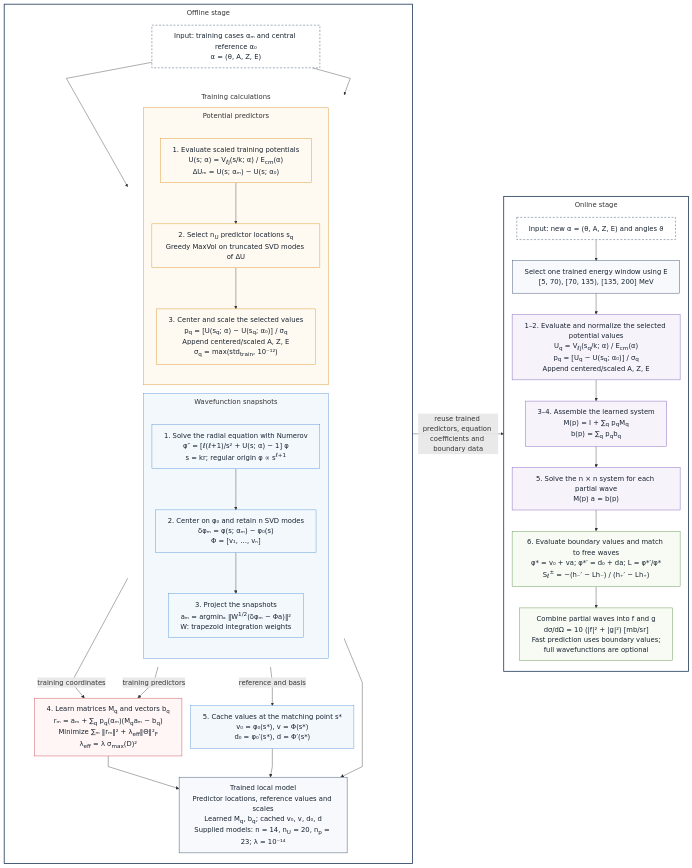
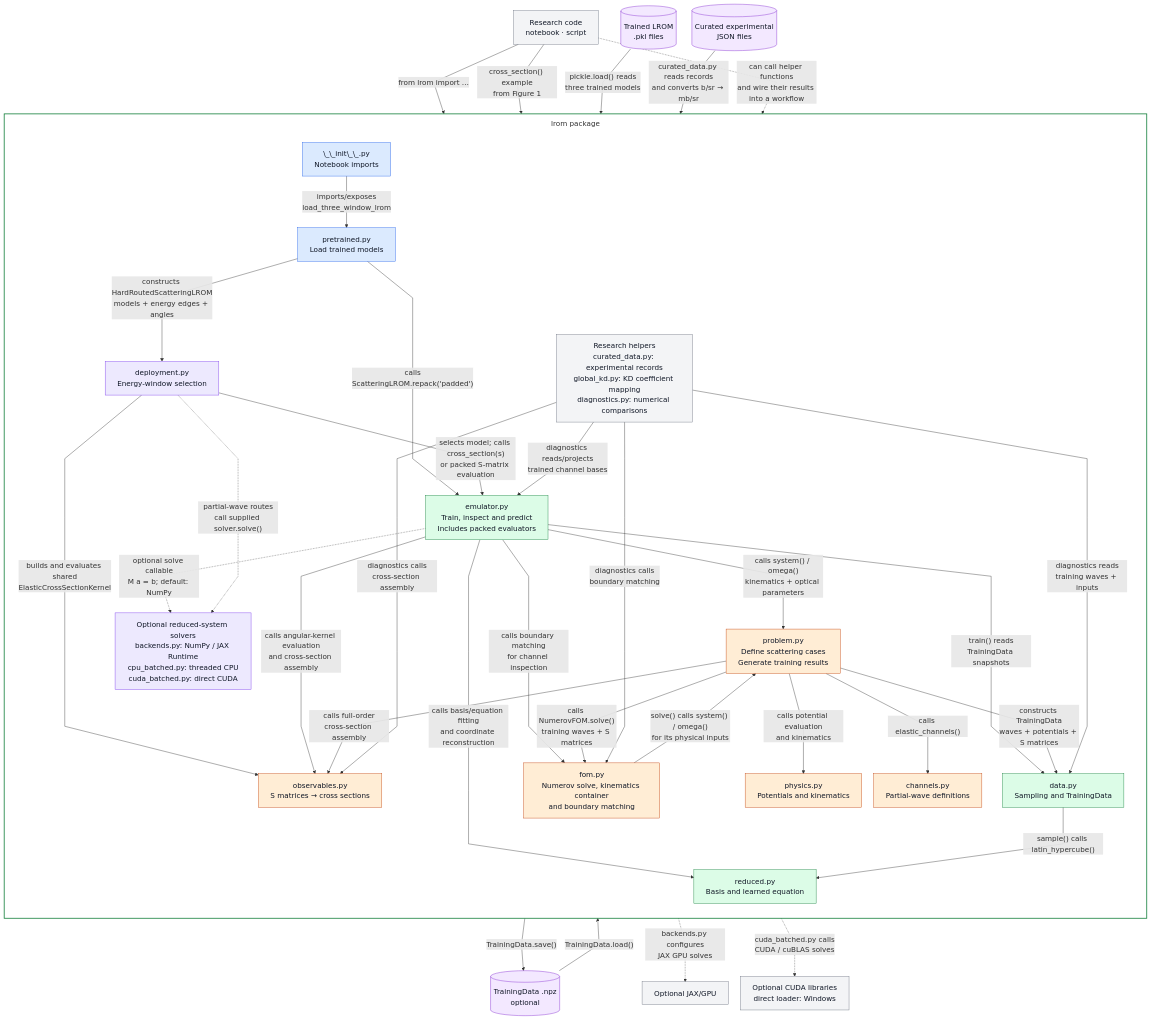
One commit to nitrogen5052/Learning-Reduced-Order-Models changed the fourth of 8 diagrams in CleanCode/docs/architecture-pack-v5.md. Above: the diagram before and after it, drawn with Mermaid. The commit also changed other lines of this file and 2 other files, not shown here.

````diff
--- a/CleanCode/docs/architecture-pack-v5.md
+++ b/CleanCode/docs/architecture-pack-v5.md
@@ -119,72 +230,76 @@
 ```mermaid
-%%{init: {"flowchart": {"curve": "linear", "nodeSpacing": 22, "rankSpacing": 28, "wrappingWidth": 360, "subGraphTitleMargin": {"top": 8, "bottom": 18}}, "themeVariables": {"fontSize": "17px"}}}%%
-flowchart LR
-    subgraph SCI_OFFLINE["Offline stage"]
+%%{init: {"flowchart": {"curve": "linear", "nodeSpacing": 30, "rankSpacing": 50, "wrappingWidth": 280, "subGraphTitleMargin": {"top": 10, "bottom": 24}}, "themeVariables": {"fontSize": "18px"}}}%%
+flowchart TB
+    user["Research code<br/>notebook · script"]
+    saved[("Trained LROM<br/>.pkl files")]
+    archive[("TrainingData .npz<br/>optional")]
+    records[("Curated experimental<br/>JSON files")]
+    gpu["Optional JAX/GPU"]
+    cuda["Optional CUDA libraries<br/>direct loader: Windows"]
+
+    subgraph package["lrom package"]
         direction TB
-        Oinput["Input: training cases αₘ and central reference α₀<br/>α = (θ, A, Z, E)"]
+        init["\_\_init\_\_.py<br/>Notebook imports"]
+        pre["pretrained.py<br/>Load trained models"]
+        dep["deployment.py<br/>Energy-window selection"]
+        em["emulator.py<br/>Train, inspect and predict<br/>Includes packed evaluators"]
+        red["reduced.py<br/>Basis and learned equation"]
+        dat["data.py<br/>Sampling and TrainingData"]
+        prob["problem.py<br/>Define scattering cases<br/>Generate training results"]
+        fom["fom.py<br/>Numerov solve, kinematics container<br/>and boundary matching"]
+        phys["physics.py<br/>Potentials and kinematics"]
+        ch["channels.py<br/>Partial-wave definitions"]
+        obs["observables.py<br/>S matrices → cross sections"]
+        solvers["Optional reduced-system solvers<br/>backends.py: NumPy / JAX Runtime<br/>cpu_batched.py: threaded CPU<br/>cuda_batched.py: direct CUDA"]
+        helpers["Research helpers<br/>curated_data.py: experimental records<br/>global_kd.py: KD coefficient mapping<br/>diagnostics.py: numerical comparisons"]
 
-        subgraph Obr["Training calculations"]
-            direction LR
-            subgraph Owave["Wavefunction snapshots"]
-                direction TB
-                Ofom["1. Solve the radial equation with Numerov<br/>φ″ = [ℓ(ℓ+1)/s² + U(s; α) − 1] φ<br/>s = kr; regular origin φ ∝ s<sup>ℓ+1</sup>"]
-                Obasis["2. Center on φ₀ and retain n SVD modes<br/>δφₘ = φ(s; αₘ) − φ₀(s)<br/>Φ = [v₁, …, vₙ]"]
-                Ocoords["3. Project the snapshots<br/>aₘ = argminₐ ‖W<sup>1/2</sup>(δφₘ − Φa)‖²<br/>W: trapezoid integration weights"]
-                Ofom --> Obasis --> Ocoords
-            end
-            subgraph Opot["Potential predictors"]
-                direction TB
-                Ovalues["1. Evaluate scaled training potentials<br/>U(s; α) = V<sub>ℓj</sub>(s/k; α) / E<sub>cm</sub>(α)<br/>ΔUₘ = U(s; αₘ) − U(s; α₀)"]
-                Oselect["2. Select n<sub>U</sub> predictor locations s<sub>q</sub><br/>Greedy MaxVol on truncated SVD modes of ΔU"]
-                Ofeatures["3. Center and scale the selected values<br/>p<sub>q</sub> = [U(s<sub>q</sub>; α) − U(s<sub>q</sub>; α₀)] / σ<sub>q</sub><br/>Append centered/scaled A, Z, E<br/>σ<sub>q</sub> = max(std<sub>train</sub>, 10⁻¹²)"]
-                Ovalues --> Oselect --> Ofeatures
-            end
-        end
+        init -->|"imports/exposes<br/>load_three_window_lrom"| pre
+        pre -->|"calls<br/>ScatteringLROM.repack('padded')"| em
+        pre -->|"constructs HardRoutedScatteringLROM<br/>models + energy edges + angles"| dep
+        dep -->|"selects model; calls cross_section(s)<br/>or packed S-matrix evaluation"| em
+        dep -->|"builds and evaluates shared<br/>ElasticCrossSectionKernel"| obs
+        em -->|"calls basis/equation fitting<br/>and coordinate reconstruction"| red
+        em -->|"train() reads<br/>TrainingData snapshots"| dat
+        em -->|"calls system() / omega()<br/>kinematics + optical parameters"| prob
+        em -->|"calls boundary matching<br/>for channel inspection"| fom
+        em -->|"calls angular-kernel evaluation<br/>and cross-section assembly"| obs
+        prob -->|"calls NumerovFOM.solve()<br/>training waves + S matrices"| fom
+        fom -->|"solve() calls system() / omega()<br/>for its physical inputs"| prob
+        prob -->|"calls potential evaluation<br/>and kinematics"| phys
+        prob -->|"calls elastic_channels()"| ch
+        prob -->|"constructs TrainingData<br/>waves + potentials + S matrices"| dat
+        prob -->|"calls full-order<br/>cross-section assembly"| obs
+        dat -->|"sample() calls latin_hypercube()"| red
+        em -.->|"optional solve callable<br/>M a = b; default: NumPy"| solvers
+        dep -.->|"partial-wave routes<br/>call supplied solver.solve()"| solvers
+        helpers -->|"diagnostics reads/projects<br/>trained channel bases"| em
+        helpers -->|"diagnostics reads<br/>training waves + inputs"| dat
+        helpers -->|"diagnostics calls<br/>boundary matching"| fom
+        helpers -->|"diagnostics calls<br/>cross-section assembly"| obs
 
-        Oinput --> Ofom
-        Oinput --> Ovalues
-        Ofit["4. Learn matrices M<sub>q</sub> and vectors b<sub>q</sub><br/>rₘ = aₘ + ∑<sub>q</sub> p<sub>q</sub>(αₘ)(M<sub>q</sub>aₘ − b<sub>q</sub>)<br/>Minimize ∑ₘ ‖rₘ‖² + λ<sub>eff</sub>‖Θ‖²<sub>F</sub><br/>λ<sub>eff</sub> = λ σ<sub>max</sub>(D)²"]
-        Oboundary["5. Cache values at the matching point s*<br/>v₀ = φ₀(s*), v = Φ(s*)<br/>d₀ = φ₀′(s*), d = Φ′(s*)"]
-        Ocoords -->|training coordinates| Ofit
-        Ofeatures -->|training predictors| Ofit
-        Obasis -->|reference and basis| Oboundary
-        Ostore["Trained local model<br/>Predictor locations, reference values and scales<br/>Learned M<sub>q</sub>, b<sub>q</sub>; cached v₀, v, d₀, d<br/>Supplied models: n = 14, n<sub>U</sub> = 20, n<sub>p</sub> = 23; λ = 10⁻¹⁴"]
-        Ofit --> Ostore
-        Oboundary --> Ostore
-        Ofeatures --> Ostore
     end
 
-    subgraph SCI_ONLINE["Online stage"]
-        direction TB
-        Qinput["Input: new α = (θ, A, Z, E) and angles ϑ"]
-        Qwindow["Select one trained energy window using E<br/>[5, 70), [70, 135), [135, 200] MeV"]
-        Qfeatures["1–2. Evaluate and normalize the selected potential values<br/>U<sub>q</sub> = V<sub>ℓj</sub>(s<sub>q</sub>/k; α) / E<sub>cm</sub>(α)<br/>p<sub>q</sub> = [U<sub>q</sub> − U(s<sub>q</sub>; α₀)] / σ<sub>q</sub><br/>Append centered/scaled A, Z, E"]
-        Qassemble["3–4. Assemble the learned system<br/>M(p) = I + ∑<sub>q</sub> p<sub>q</sub>M<sub>q</sub><br/>b(p) = ∑<sub>q</sub> p<sub>q</sub>b<sub>q</sub>"]
-        Qsolve["5. Solve the n × n system for each partial wave<br/>M(p) a = b(p)"]
-        Qboundary["6. Evaluate boundary values and match to free waves<br/>φ* = v₀ + va; φ*′ = d₀ + da; L = φ*′/φ*<br/>S<sub>ℓ</sub><sup>±</sup> = −(h₋′ − Lh₋) / (h₊′ − Lh₊)"]
-        Qobservable["Combine partial waves into f and g<br/>dσ/dΩ = 10 (|f|² + |g|²)  [mb/sr]<br/>Fast prediction uses boundary values;<br/>full wavefunctions are optional"]
-        Qinput --> Qwindow --> Qfeatures --> Qassemble --> Qsolve --> Qboundary --> Qobservable
-    end
+    user -->|"from lrom import …"| init
+    user -->|"cross_section() example<br/>from Figure 1"| dep
+    saved -->|"pickle.load() reads<br/>three trained models"| pre
+    dat -->|"TrainingData.save()"| archive
+    archive -->|"TrainingData.load()"| dat
+    solvers -.->|"backends.py configures<br/>JAX GPU solves"| gpu
+    solvers -.->|"cuda_batched.py calls<br/>CUDA / cuBLAS solves"| cuda
+    records -->|"curated_data.py reads records<br/>and converts b/sr → mb/sr"| helpers
+    user -.->|"can call helper functions<br/>and wire their results into a workflow"| helpers
 
-    SCI_OFFLINE -->|reuse trained predictors, equation coefficients and boundary data| SCI_ONLINE
-
-    classDef input fill:#FFFFFF,stroke:#20385A,color:#182330,stroke-dasharray:5 4
-    classDef wave fill:#F3F8FD,stroke:#4689CF,color:#182330
-    classDef potential fill:#FFFAF1,stroke:#D58A14,color:#182330
-    classDef fit fill:#FFF6F5,stroke:#BF3745,color:#182330
-    classDef online fill:#F7F3FB,stroke:#7352B4,color:#182330
-    classDef result fill:#F7FBF4,stroke:#50883C,color:#182330
-    classDef stored fill:#F7F9FC,stroke:#20385A,color:#182330
-    class Oinput,Qinput input
-    class Ofom,Obasis,Ocoords,Oboundary wave
-    class Ovalues,Oselect,Ofeatures potential
-    class Ofit fit
-    class Qfeatures,Qassemble,Qsolve online
-    class Qboundary,Qobservable result
-    class Ostore,Qwindow stored
-    style SCI_OFFLINE fill:#FFFFFF,stroke:#20385A,stroke-width:2px
-    style SCI_ONLINE fill:#FFFFFF,stroke:#20385A,stroke-width:2px
-    style Obr fill:#FFFFFF,stroke:none
-    style Owave fill:#F3F8FD,stroke:#4689CF
-    style Opot fill:#FFFAF1,stroke:#D58A14
+    classDef accessColor fill:#DBEAFE,stroke:#2563EB,color:#111827
+    classDef scienceColor fill:#FFEDD5,stroke:#C2410C,color:#111827
+    classDef modelColor fill:#DCFCE7,stroke:#15803D,color:#111827
+    classDef runtimeColor fill:#EDE9FE,stroke:#7C3AED,color:#111827
+    classDef artifactColor fill:#F3E8FF,stroke:#7E22CE,color:#111827
+    classDef optionalColor fill:#F3F4F6,stroke:#6B7280,color:#111827
+    class init,pre accessColor
+    class prob,fom,phys,ch,obs scienceColor
+    class em,red,dat modelColor
+    class dep,solvers runtimeColor
+    class saved,archive,records artifactColor
+    class user,gpu,cuda,helpers optionalColor
+    style package fill:#FFFFFF,stroke:#15803D,stroke-width:2px
 ```
````
